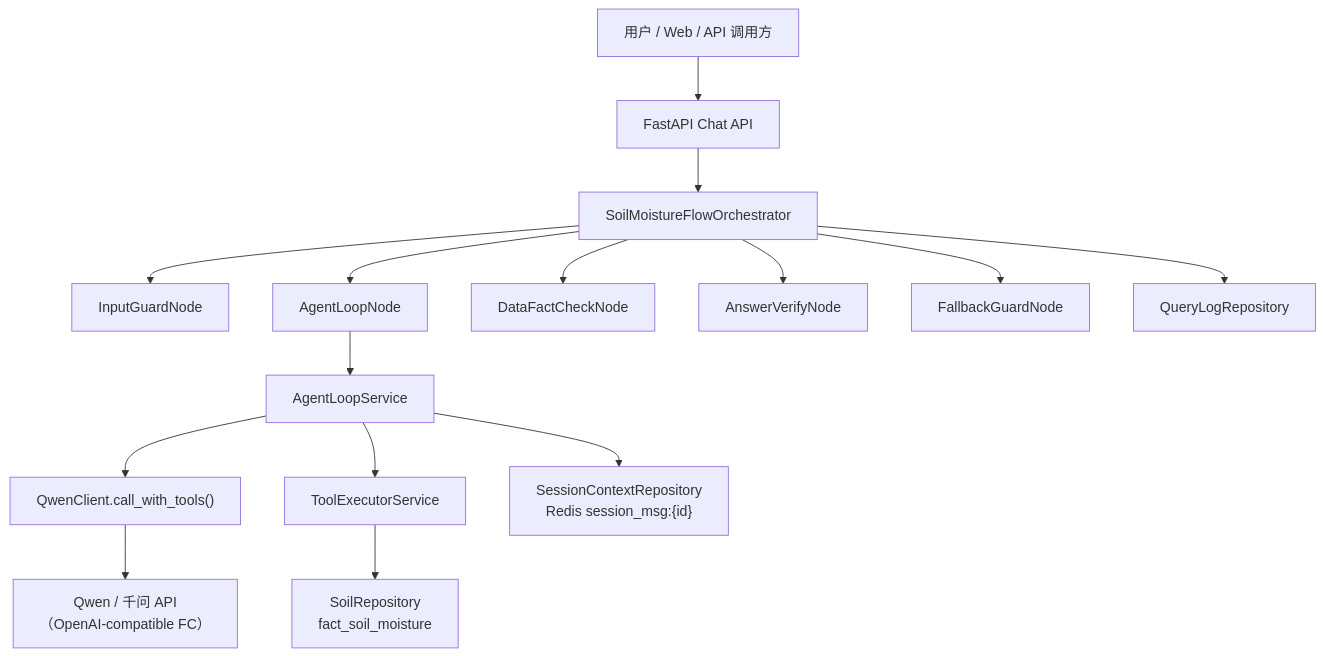
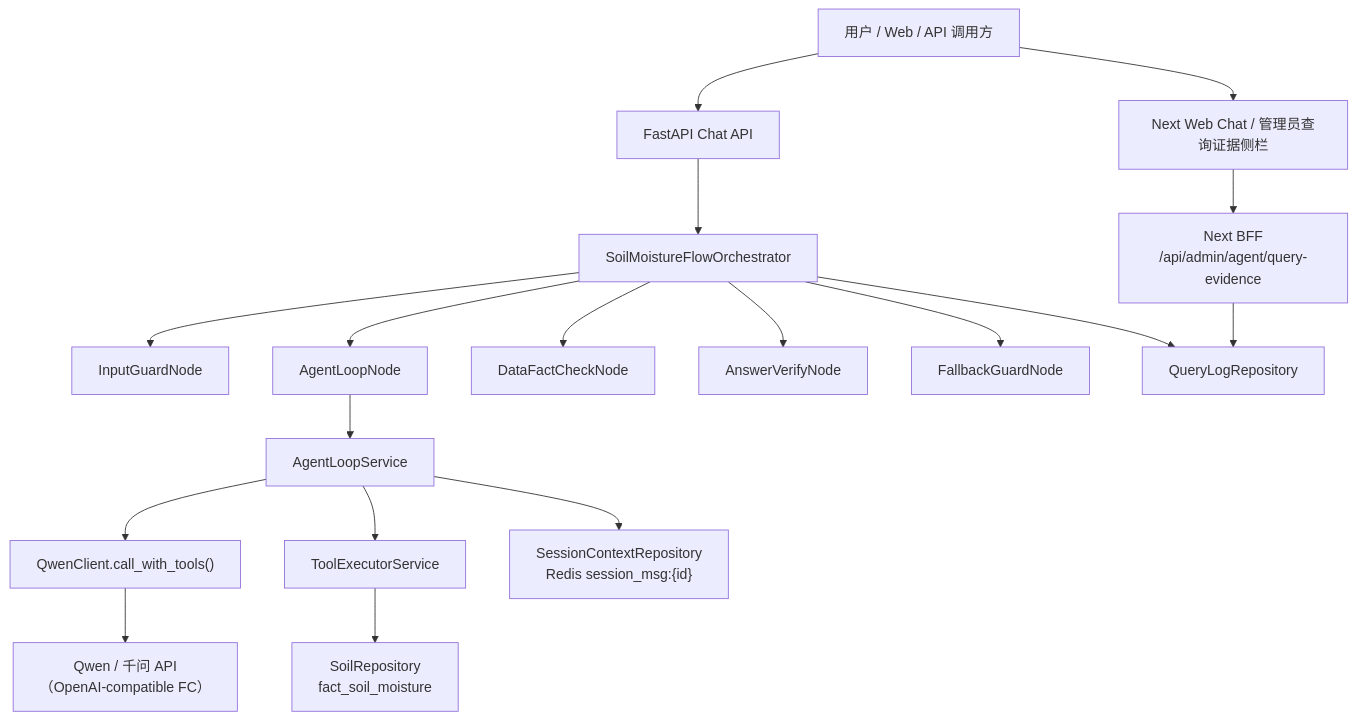
One commit to gago-project/smart-agriculture changed the first of 5 diagrams in apps/agent/plans/1/7.system-design-diagram.md. Above: the diagram before and after it, drawn with Mermaid. The commit also changed other lines of this file and 48 other files, not shown here.

Commit message:
feat: align agent time contracts and evidence flows

````diff
--- a/apps/agent/plans/1/7.system-design-diagram.md
+++ b/apps/agent/plans/1/7.system-design-diagram.md
@@ -49,21 +49,24 @@
 ```mermaid
 flowchart TD
     A["用户 / Web / API 调用方"] --> B["FastAPI Chat API"]
     B --> C["SoilMoistureFlowOrchestrator"]
+    A --> P["Next Web Chat / 管理员查询证据侧栏"]
 
     C --> D["InputGuardNode"]
     C --> E["AgentLoopNode"]
     C --> F["DataFactCheckNode"]
     C --> G["AnswerVerifyNode"]
     C --> H["FallbackGuardNode"]
 
     E --> I["AgentLoopService"]
     I --> J["QwenClient.call_with_tools()"]
     I --> K["ToolExecutorService"]
     I --> L["SessionContextRepository<br/>Redis session_msg:{id}"]
 
     K --> M["SoilRepository<br/>fact_soil_moisture"]
     J --> N["Qwen / 千问 API<br/>（OpenAI-compatible FC）"]
 
     C --> O["QueryLogRepository"]
+    P --> Q["Next BFF<br/>/api/admin/agent/query-evidence"]
+    Q --> O
 ```
````
